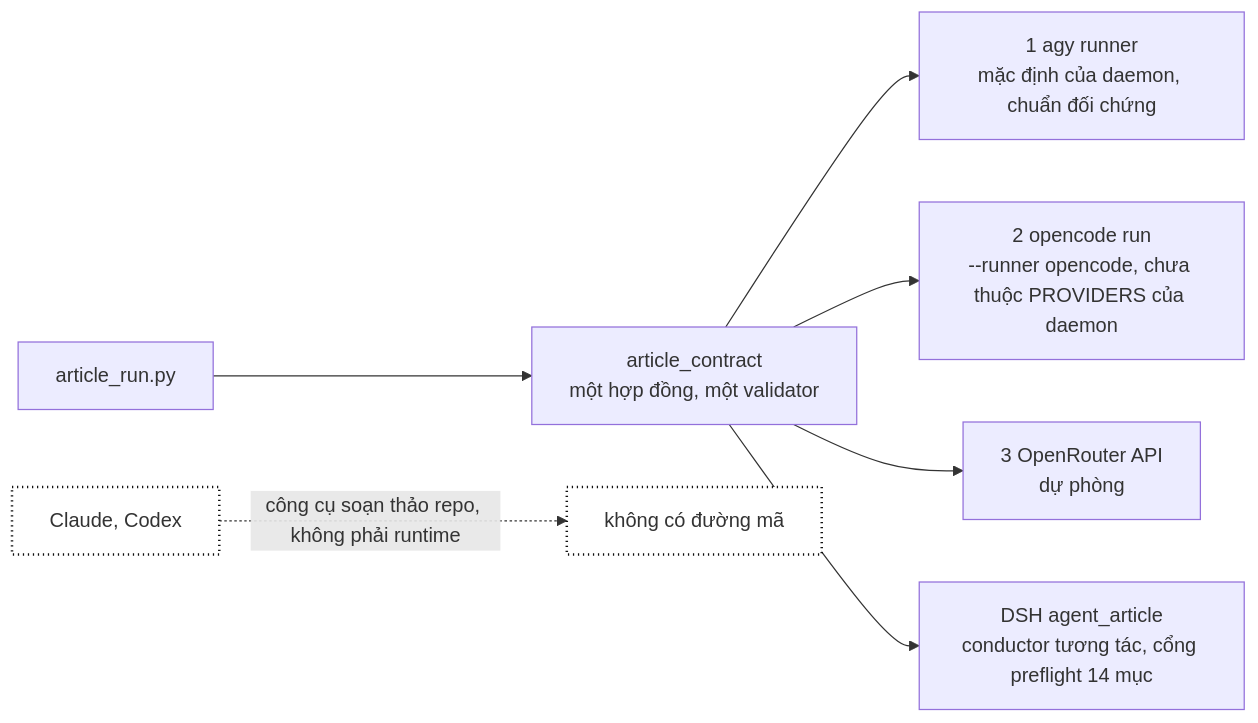
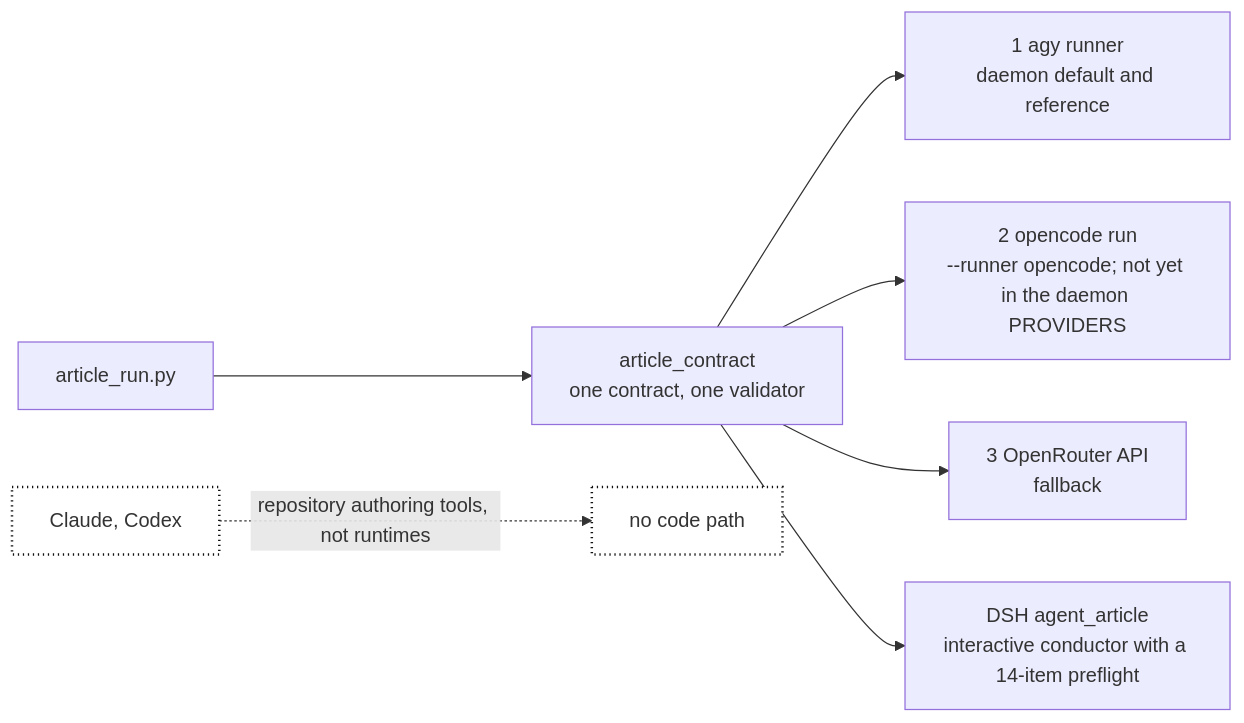
One commit to Tuanan172-py/fts-news-scape changed the diagram in project/docs/diagrams/31-runner-order.mmd. Above: the diagram before and after it, drawn with Mermaid. The commit also changed 33 other files, not shown here.

Commit message:
feat: standardize offline workflow diagrams to English, add skills council proposal and wave automation scripts (US-048)

```diff
--- a/project/docs/diagrams/31-runner-order.mmd
+++ b/project/docs/diagrams/31-runner-order.mmd
@@ -1,11 +1,11 @@
-%% title: Thứ hạng runner LLM (ADR-0026.D3)
-%% desc: agy, rồi opencode run, rồi OpenRouter; Claude không bao giờ thay thế.
+%% title: LLM runner order (ADR-0026.D3)
+%% desc: agy first, then opencode run, then OpenRouter; Claude is never a replacement runtime.
 flowchart LR
-  AR["article_run.py"] --> C["article_contract<br/>một hợp đồng, một validator"]
-  C --> R1["1 agy runner<br/>mặc định của daemon, chuẩn đối chứng"]
-  C --> R2["2 opencode run<br/>--runner opencode, chưa thuộc PROVIDERS của daemon"]
-  C --> R3["3 OpenRouter API<br/>dự phòng"]
-  C --> R4["DSH agent_article<br/>conductor tương tác, cổng preflight 14 mục"]
-  CL["Claude, Codex"] -. "công cụ soạn thảo repo, không phải runtime" .-> X["không có đường mã"]
+  AR["article_run.py"] --> C["article_contract<br/>one contract, one validator"]
+  C --> R1["1 agy runner<br/>daemon default and reference"]
+  C --> R2["2 opencode run<br/>--runner opencode; not yet in the daemon PROVIDERS"]
+  C --> R3["3 OpenRouter API<br/>fallback"]
+  C --> R4["DSH agent_article<br/>interactive conductor with a 14-item preflight"]
+  CL["Claude, Codex"] -.->|"repository authoring tools, not runtimes"| X["no code path"]
   classDef no fill:#ffffff,stroke:#111111,stroke-dasharray:1 3,stroke-width:2px
   class CL,X no
```
